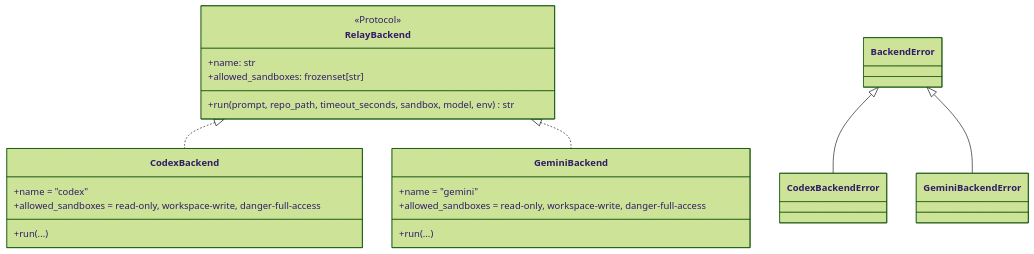
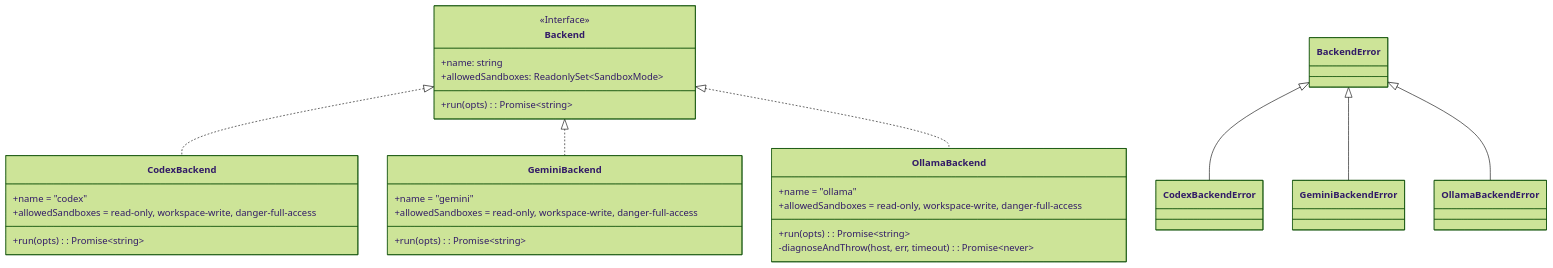
Before and after one commit to freibergergarcia/phone-a-friend: the first of 3 diagrams in architecture/02-backend-system.md, drawn with Mermaid (forest theme). The commit also changed other lines of this file and 81 other files, not shown here.

````diff
--- a/architecture/02-backend-system.md
+++ b/architecture/02-backend-system.md
@@ -7,30 +7,40 @@
 ```mermaid
 classDiagram
-  class RelayBackend {
-    <<Protocol>>
-    +name: str
-    +allowed_sandboxes: frozenset[str]
-    +run(prompt, repo_path, timeout_seconds, sandbox, model, env) str
+  class Backend {
+    <<Interface>>
+    +name: string
+    +allowedSandboxes: ReadonlySet~SandboxMode~
+    +run(opts): Promise~string~
   }
 
   class CodexBackend {
     +name = "codex"
-    +allowed_sandboxes = read-only, workspace-write, danger-full-access
-    +run(...)
+    +allowedSandboxes = read-only, workspace-write, danger-full-access
+    +run(opts): Promise~string~
   }
 
   class GeminiBackend {
     +name = "gemini"
-    +allowed_sandboxes = read-only, workspace-write, danger-full-access
-    +run(...)
+    +allowedSandboxes = read-only, workspace-write, danger-full-access
+    +run(opts): Promise~string~
+  }
+
+  class OllamaBackend {
+    +name = "ollama"
+    +allowedSandboxes = read-only, workspace-write, danger-full-access
+    +run(opts): Promise~string~
+    -diagnoseAndThrow(host, err, timeout): Promise~never~
   }
 
   class BackendError
   class CodexBackendError
   class GeminiBackendError
+  class OllamaBackendError
 
-  RelayBackend <|.. CodexBackend
-  RelayBackend <|.. GeminiBackend
+  Backend <|.. CodexBackend
+  Backend <|.. GeminiBackend
+  Backend <|.. OllamaBackend
   BackendError <|-- CodexBackendError
   BackendError <|-- GeminiBackendError
+  BackendError <|-- OllamaBackendError
 ```
````
